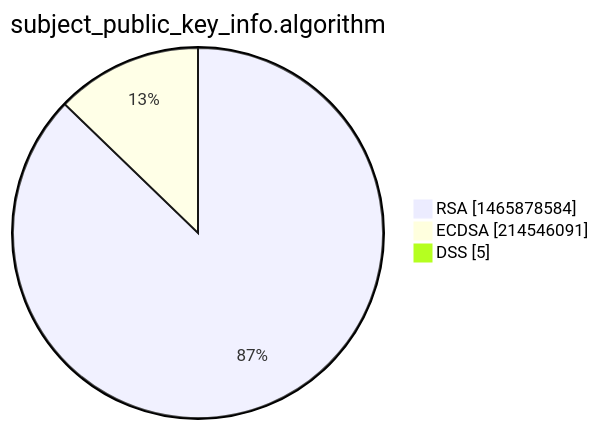
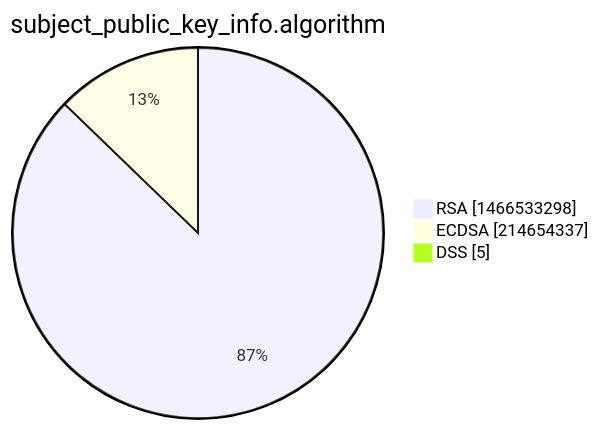
Before and after one commit to christiankrug/ctmonitor_visualization: the third of 15 diagrams in xenon2022/README.md, drawn with Mermaid. The commit also changed other lines of this file, not shown here.

````diff
--- a/xenon2022/README.md
+++ b/xenon2022/README.md
@@ -14,7 +14,7 @@
 ```mermaid
 pie showData
 title subject_public_key_info.algorithm
-"RSA" :1465878584
-"ECDSA" :214546091
+"RSA" :1466533298
+"ECDSA" :214654337
 "DSS" :5
 ```
````
